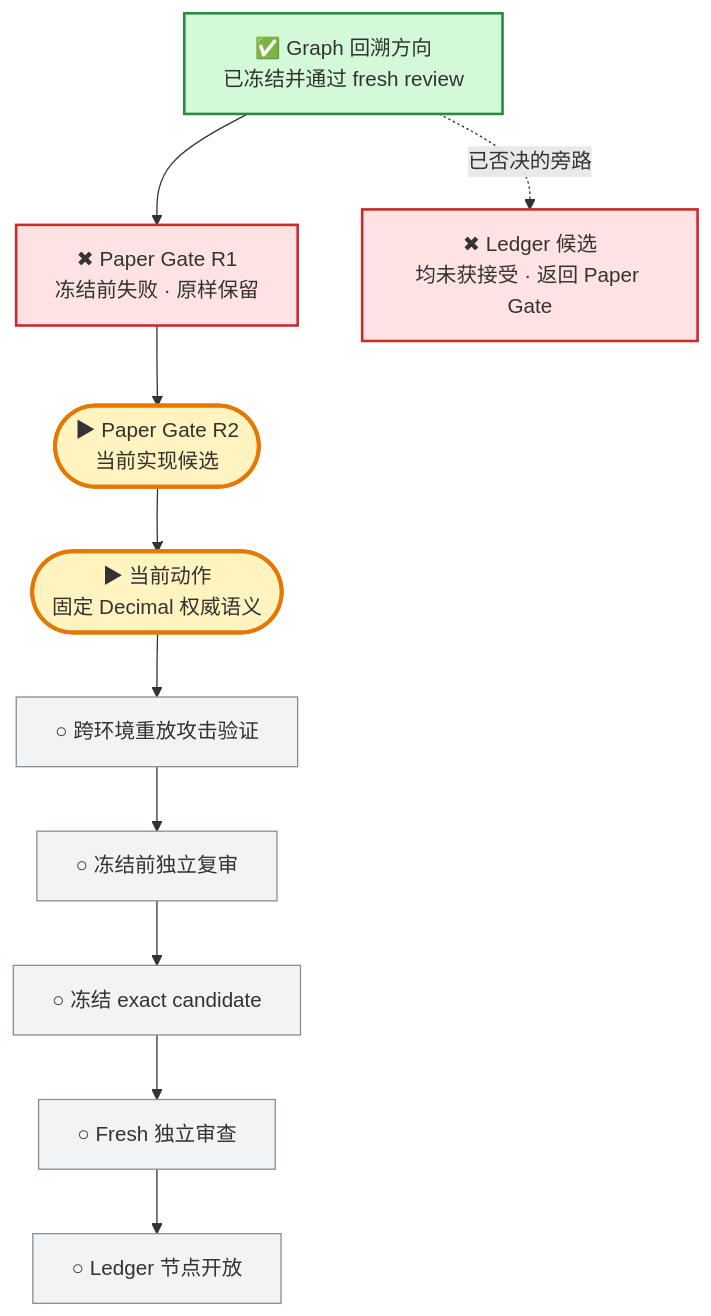
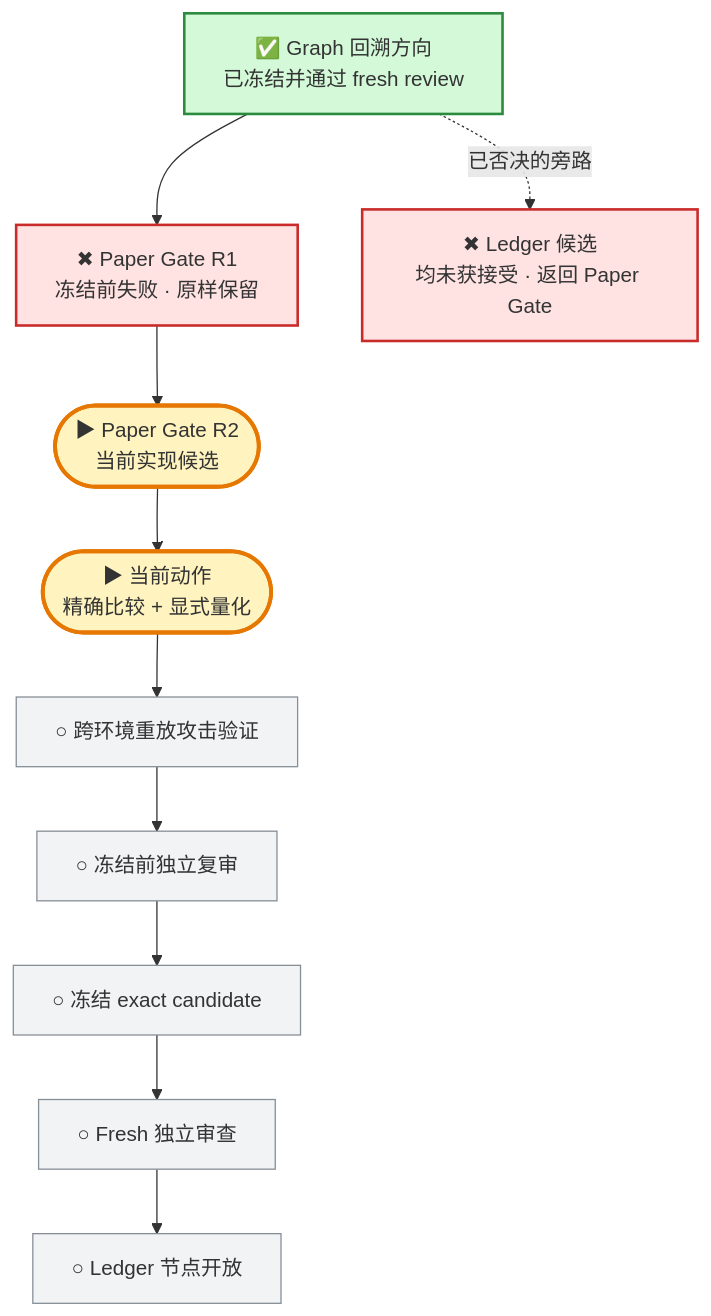
One commit to j-a-v-e-n/knowledge-vault changed the first of 2 diagrams in MyBrain/automation/reports/investment-discipline-system/CURRENT_PROGRESS.md. Above: the diagram before and after it, drawn with Mermaid. The commit also changed other lines of this file and 1 other file, not shown here.

````diff
--- a/MyBrain/automation/reports/investment-discipline-system/CURRENT_PROGRESS.md
+++ b/MyBrain/automation/reports/investment-discipline-system/CURRENT_PROGRESS.md
@@ -7,22 +7,22 @@
 ```mermaid
 flowchart TB
     G["✅ Graph 回溯方向<br/>已冻结并通过 fresh review"] --> R1["✖ Paper Gate R1<br/>冻结前失败 · 原样保留"]
     R1 --> R2(["▶ Paper Gate R2<br/>当前实现候选"])
-    R2 --> D(["▶ 当前动作<br/>固定 Decimal 权威语义"])
+    R2 --> D(["▶ 当前动作<br/>精确比较 + 显式量化"])
     D --> T["○ 跨环境重放攻击验证"]
     T --> P["○ 冻结前独立复审"]
     P --> F["○ 冻结 exact candidate"]
     F --> V["○ Fresh 独立审查"]
     V --> L["○ Ledger 节点开放"]
 
     G -. "已否决的旁路" .-> X["✖ Ledger 候选<br/>均未获接受 · 返回 Paper Gate"]
 
     classDef done fill:#d3f9d8,stroke:#2b8a3e,stroke-width:2px;
     classDef current fill:#fff3bf,stroke:#e67700,stroke-width:3px;
     classDef failed fill:#ffe3e3,stroke:#c92a2a,stroke-width:2px;
     classDef pending fill:#f1f3f5,stroke:#868e96;
     class G done;
     class R2,D current;
     class R1,X failed;
     class T,P,F,V,L pending;
 ```
````
